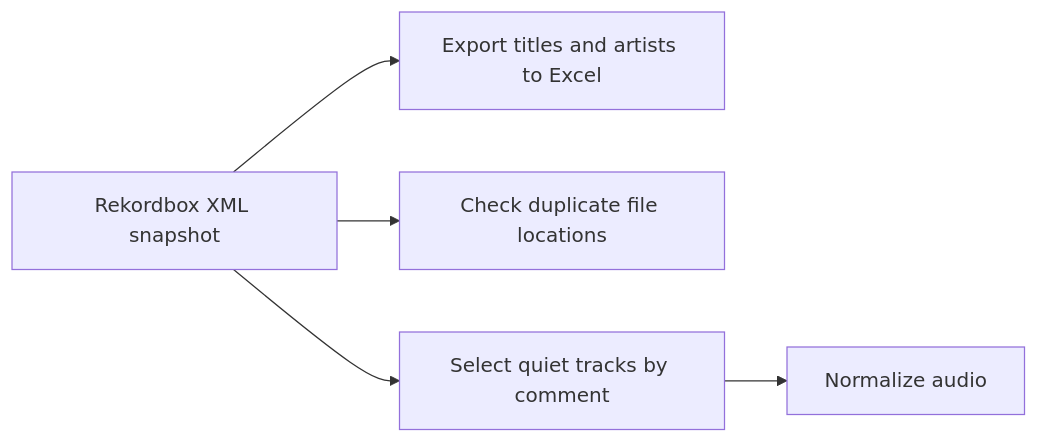
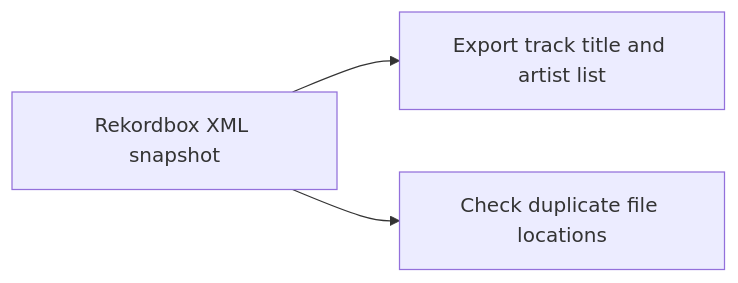
Before and after one commit to beathvn/Song-Manager: the sixth of 7 diagrams in docs/00 Overview.md, drawn with Mermaid. The commit also changed other lines of this file and 5 other files, not shown here.

````diff
--- a/docs/00 Overview.md
+++ b/docs/00 Overview.md
@@ -97,7 +98,5 @@
 ```mermaid
 flowchart LR
-    XML[Rekordbox XML snapshot] --> TrackList[Export titles and artists to Excel]
+    XML[Rekordbox XML snapshot] --> TrackList[Export track title and artist list]
     XML --> Duplicates[Check duplicate file locations]
-    XML --> Quiet[Select quiet tracks by comment]
-    Quiet --> Normalize[Normalize audio]
 ```
````
